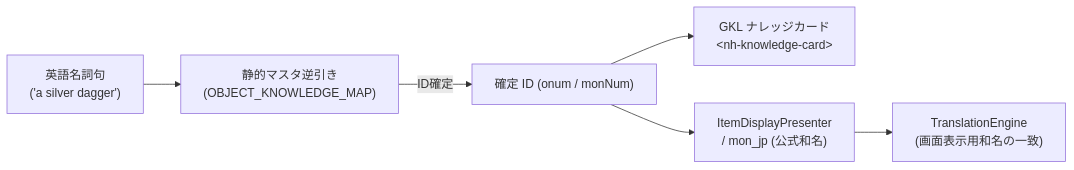
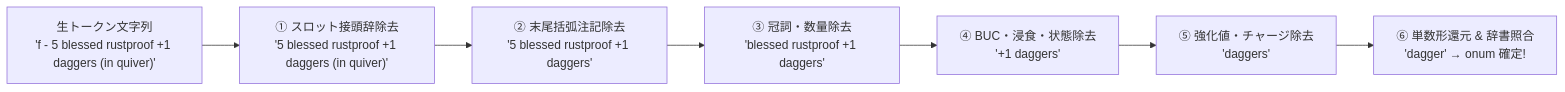
One commit to e3sh/Nethack-wasm-webUI changed the second of 2 diagrams in docs/9_translation/semantic_message_tokenization_and_interactive_rendering_specification.ja.md. Above: the diagram before and after it, drawn with Mermaid. The commit also changed other lines of this file and 16 other files, not shown here.

````diff
--- a/docs/9_translation/semantic_message_tokenization_and_interactive_rendering_specification.ja.md
+++ b/docs/9_translation/semantic_message_tokenization_and_interactive_rendering_specification.ja.md
@@ -213,12 +170,10 @@
 ```mermaid
 flowchart LR
-    TokenText["英語名詞句<br>('a silver dagger')"]
-    --> Resolver["静的マスタ逆引き<br>(OBJECT_KNOWLEDGE_MAP)"]
-    
-    Resolver -->|ID確定| UnifiedID["確定 ID (onum / monNum)"]
-    
-    UnifiedID --> GKL["GKL ナレッジカード<br>&lt;nh-knowledge-card&gt;"]
-    UnifiedID --> Presenter["ItemDisplayPresenter<br>/ mon_jp (公式和名)"]
-    
-    Presenter --> Translation["TranslationEngine<br>(画面表示用和名の一致)"]
+    Raw["生トークン文字列<br>'f - 5 blessed rustproof +1 daggers (in quiver)'"]
+    --> Step1["① スロット接頭辞除去<br>'5 blessed rustproof +1 daggers (in quiver)'"]
+    --> Step2["② 末尾括弧注記除去<br>'5 blessed rustproof +1 daggers'"]
+    --> Step3["③ 冠詞・数量除去<br>'blessed rustproof +1 daggers'"]
+    --> Step4["④ BUC・浸食・状態除去<br>'+1 daggers'"]
+    --> Step5["⑤ 強化値・チャージ除去<br>'daggers'"]
+    --> Step6["⑥ 単数形還元 & 辞書照合<br>'dagger' → onum 確定!"]
 ```
````
